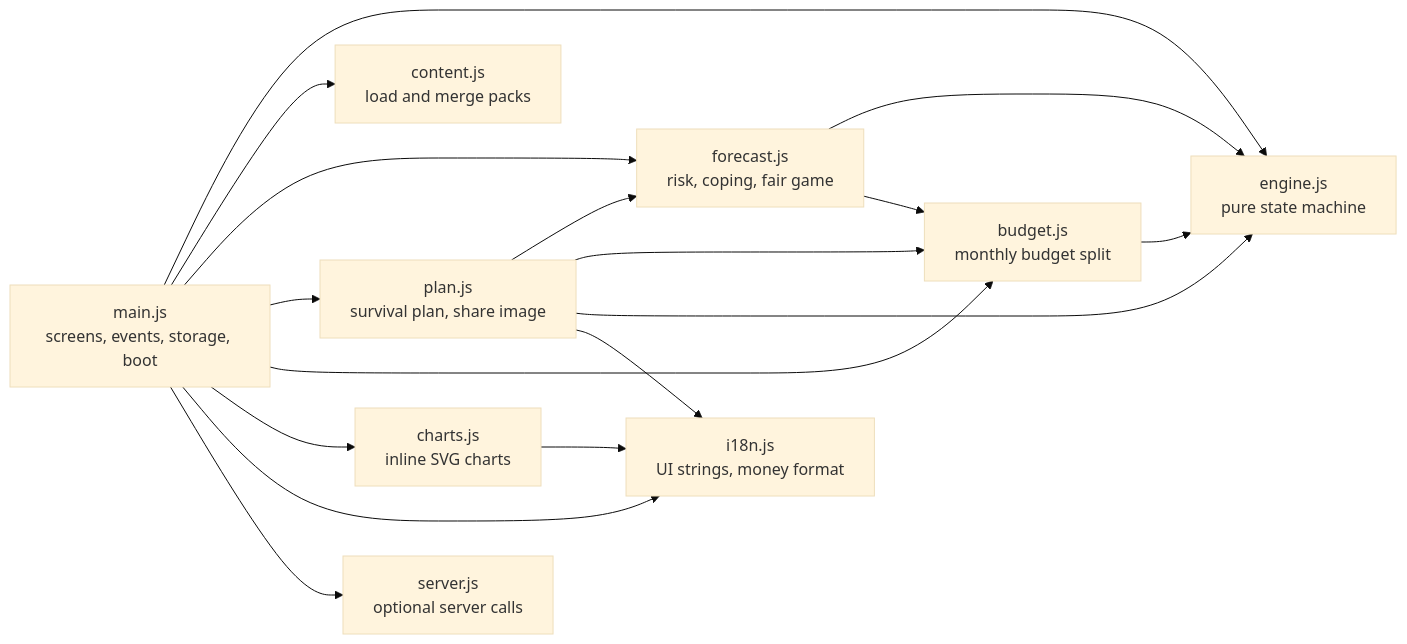
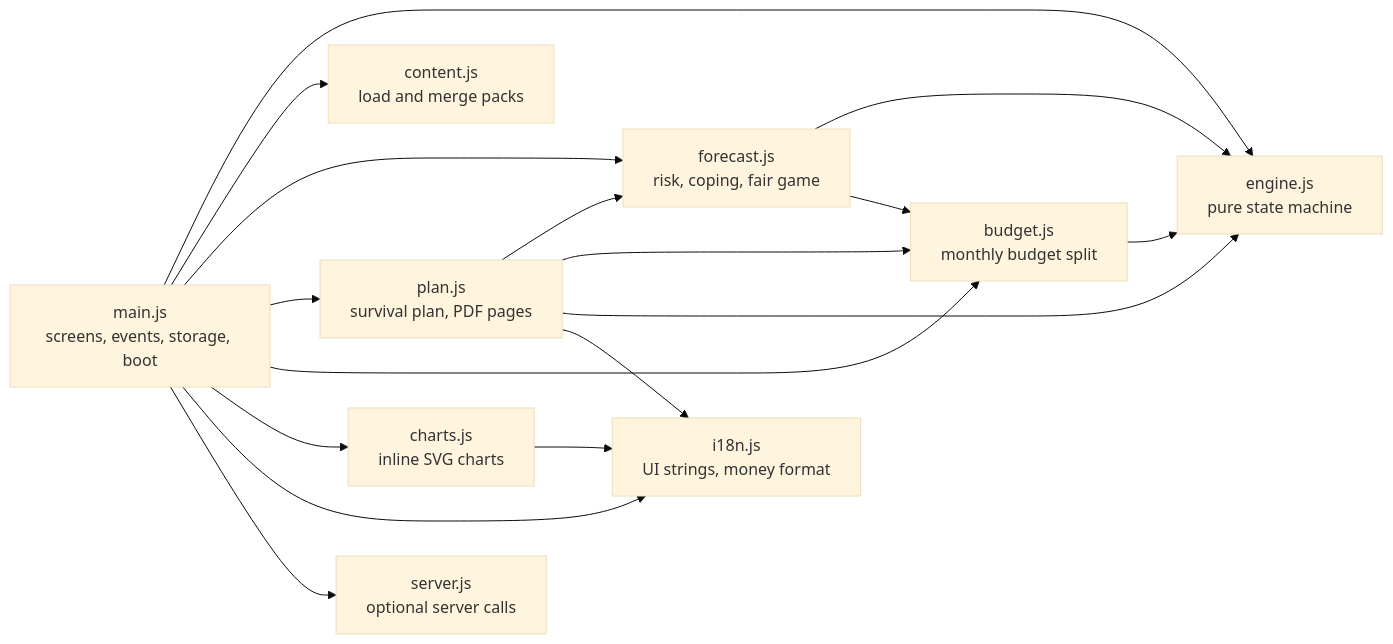
The third of 8 diagrams in docs/architecture.md (mutarisi-chibaya/education), drawn with Mermaid (base theme) before and after one commit. The commit also changed other lines of this file and 17 other files, not shown here.

First line of the commit message:
Branch results day on rewrite and panic, share the plan as a PDF, money follows the story

````diff
--- a/docs/architecture.md
+++ b/docs/architecture.md
@@ -97,29 +97,29 @@
 ```mermaid
 flowchart LR
     main["main.js<br/>screens, events, storage, boot"]
     engine["engine.js<br/>pure state machine"]
     content["content.js<br/>load and merge packs"]
     forecast["forecast.js<br/>risk, coping, fair game"]
-    plan["plan.js<br/>survival plan, share image"]
+    plan["plan.js<br/>survival plan, PDF pages"]
     budget["budget.js<br/>monthly budget split"]
     charts["charts.js<br/>inline SVG charts"]
     i18n["i18n.js<br/>UI strings, money format"]
     ai["server.js<br/>optional server calls"]
 
     main --> engine
     main --> content
     main --> forecast
     main --> plan
     main --> budget
     main --> charts
     main --> i18n
     main --> ai
     plan --> forecast
     plan --> budget
     plan --> engine
     forecast --> engine
     forecast --> budget
     budget --> engine
     charts --> i18n
     plan --> i18n
 ```
````
